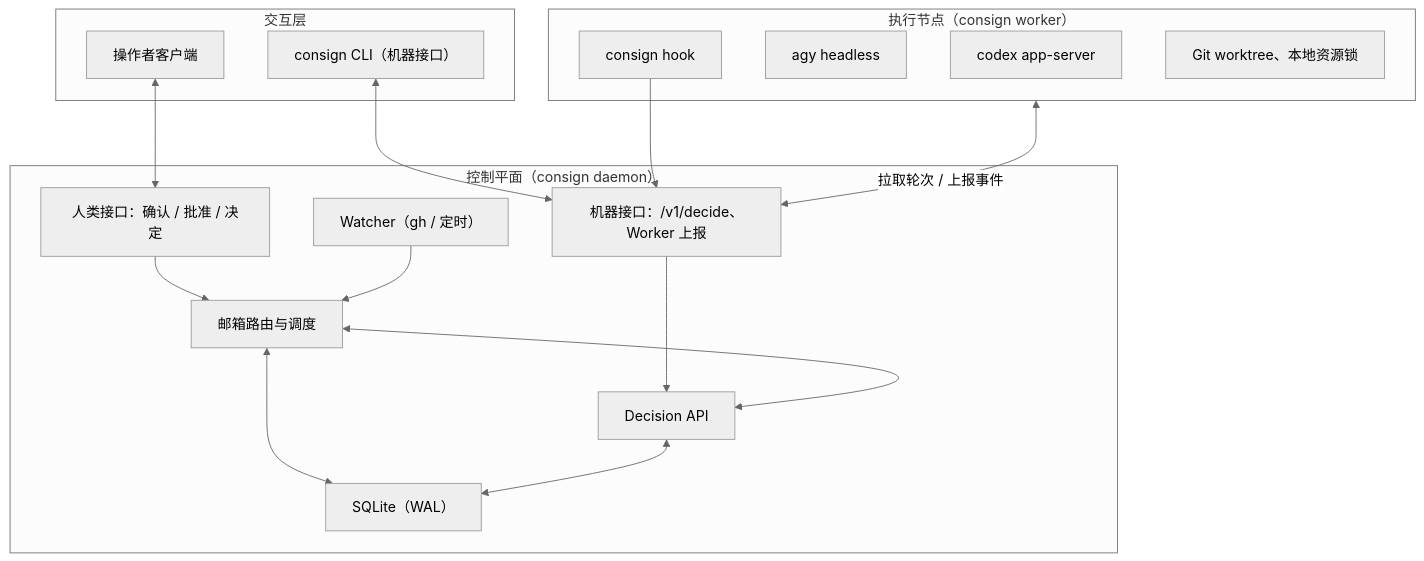
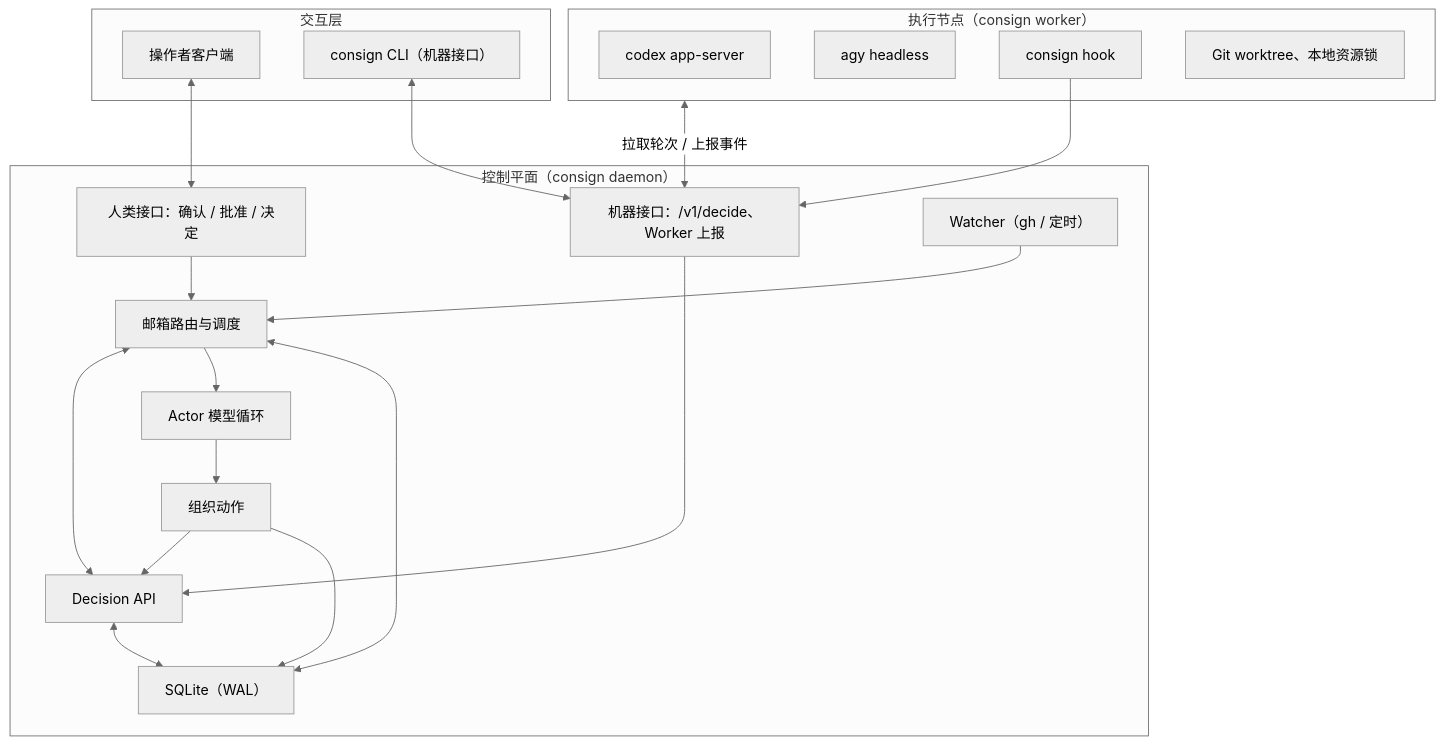
One commit to zhscn/consign changed the second of 2 diagrams in DESIGN.md. Above: the diagram before and after it, drawn with Mermaid (neutral theme). The commit also changed other lines of this file, not shown here.

````diff
--- a/DESIGN.md
+++ b/DESIGN.md
@@ -326,31 +321,37 @@
 ```mermaid
 flowchart TB
   subgraph UI["交互层"]
     OP["操作者客户端"]
     CLI["consign CLI（机器接口）"]
   end
   subgraph CP["控制平面（consign daemon）"]
     HAPI["人类接口：确认 / 批准 / 决定"]
     MAPI["机器接口：/v1/decide、Worker 上报"]
     PDP["Decision API"]
     SCH["邮箱路由与调度"]
+    ACT["Actor 模型循环"]
+    OPS["组织动作"]
     WT["Watcher（gh / 定时）"]
     DB["SQLite（WAL）"]
   end
   subgraph N1["执行节点（consign worker）"]
     CX["codex app-server"]
     AG["agy headless"]
     HK["consign hook"]
     WTREE["Git worktree、本地资源锁"]
   end
   OP <--> HAPI
   CLI <--> MAPI
   HAPI --> SCH
   MAPI --> PDP
   WT --> SCH
   SCH <--> PDP
+  SCH --> ACT
+  ACT --> OPS
+  OPS --> PDP
+  OPS --> DB
   SCH <--> DB
   PDP <--> DB
   N1 <-->|拉取轮次 / 上报事件| MAPI
   HK --> MAPI
 ```
````
